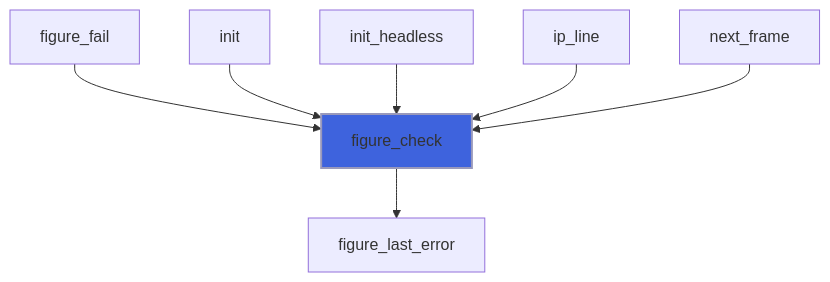
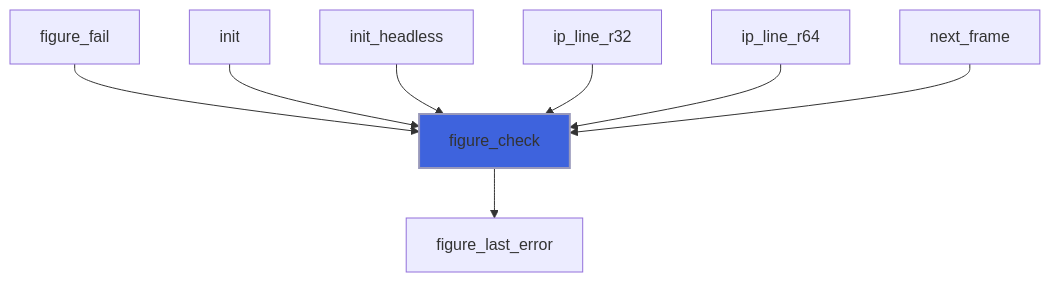
One commit to szaghi/figure changed the second of 5 diagrams in docs/api/src/lib/figure_base.md. Above: the diagram before and after it, drawn with Mermaid. The commit also changed other lines of this file and 23 other files, not shown here.

````diff
--- a/docs/api/src/lib/figure_base.md
+++ b/docs/api/src/lib/figure_base.md
@@ -49,10 +49,11 @@
 ```mermaid
 flowchart TD
   figure_fail["figure_fail"] --> figure_check["figure_check"]
   init["init"] --> figure_check["figure_check"]
   init_headless["init_headless"] --> figure_check["figure_check"]
-  ip_line["ip_line"] --> figure_check["figure_check"]
+  ip_line_r32["ip_line_r32"] --> figure_check["figure_check"]
+  ip_line_r64["ip_line_r64"] --> figure_check["figure_check"]
   next_frame["next_frame"] --> figure_check["figure_check"]
   figure_check["figure_check"] --> figure_last_error["figure_last_error"]
   style figure_check fill:#3e63dd,stroke:#99b,stroke-width:2px
 ```
````
